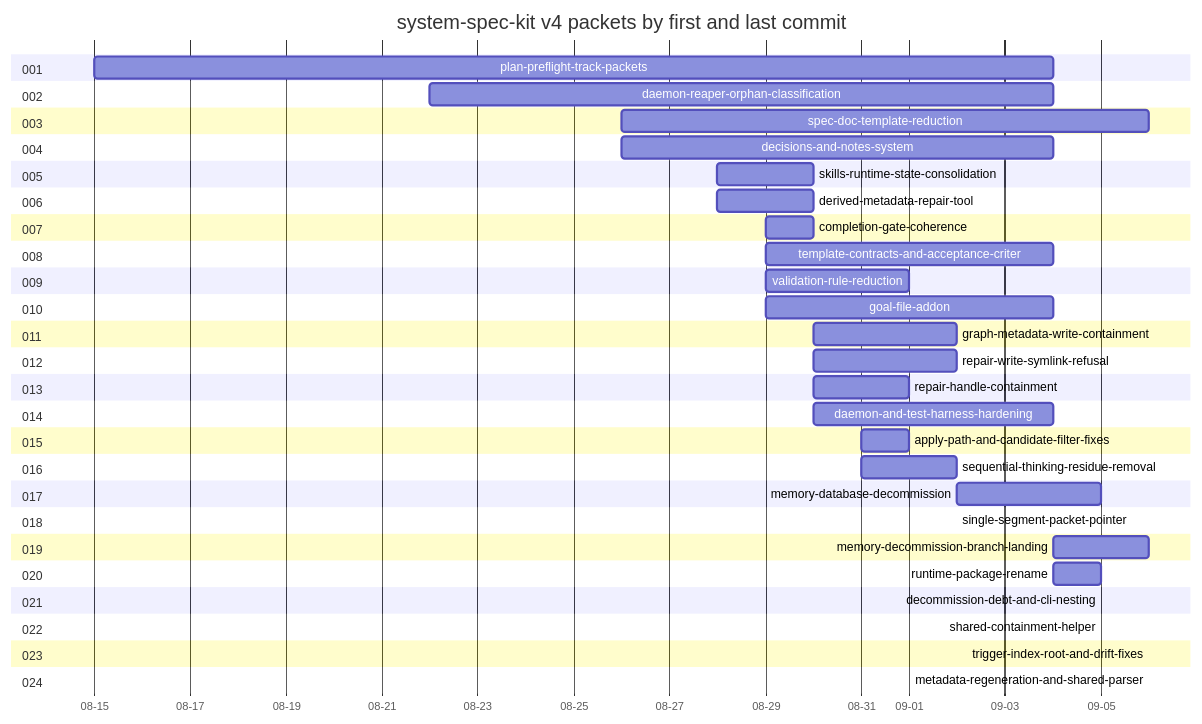
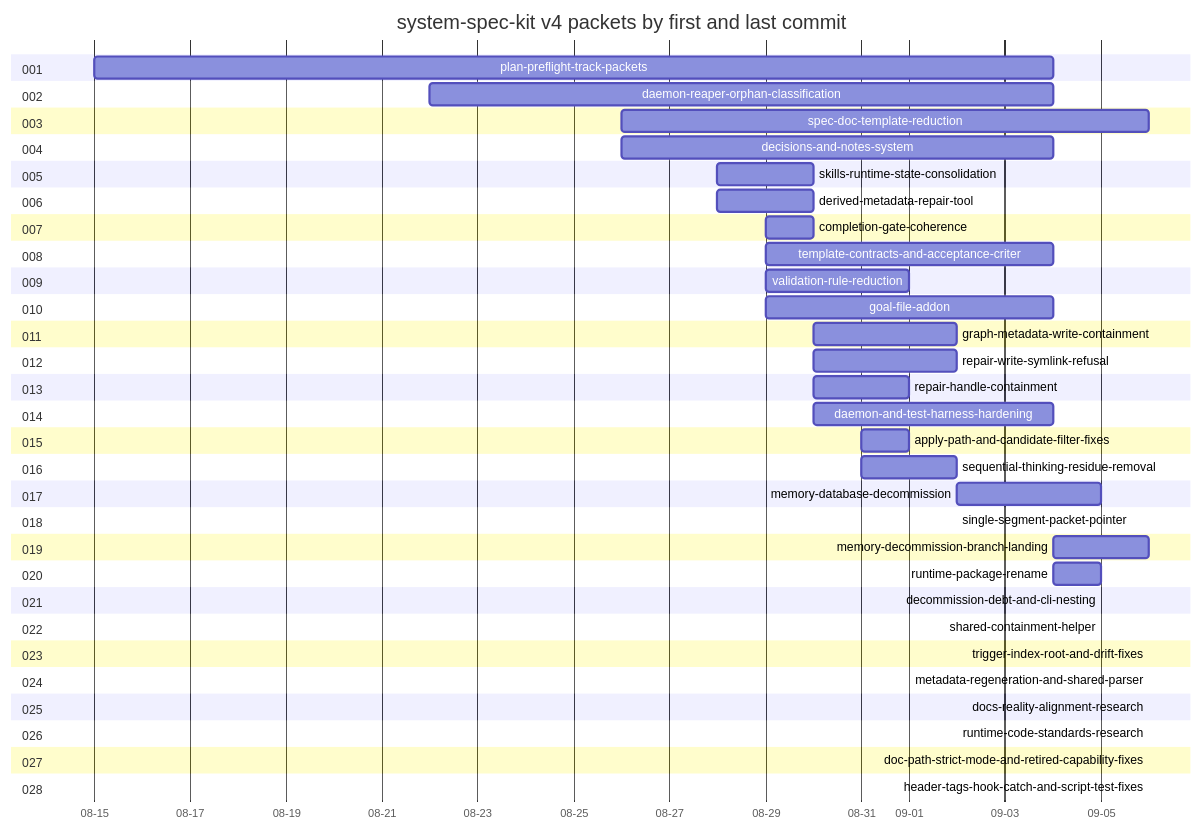
Before and after one commit to MichelKerkmeester/opencode--skilled-agent-loops-with-spec-kit-memory: the diagram in specs/system-speckit/033-system-speckit-v4/timeline.md, drawn with Mermaid. The commit also changed other lines of this file and 112 other files, not shown here.

First line of the commit message:
docs(specs): close the four reality-alignment children and extend the v4 timeline

````diff
--- a/specs/system-speckit/033-system-speckit-v4/timeline.md
+++ b/specs/system-speckit/033-system-speckit-v4/timeline.md
@@ -118,54 +130,62 @@
 ```mermaid
 gantt
     title system-spec-kit v4 packets by first and last commit
     dateFormat YYYY-MM-DD
     axisFormat %m-%d
     section 001
     plan-preflight-track-packets :2026-08-15, 2026-09-04
     section 002
     daemon-reaper-orphan-classification :2026-08-22, 2026-09-04
     section 003
     spec-doc-template-reduction :2026-08-26, 2026-09-06
     section 004
     decisions-and-notes-system :2026-08-26, 2026-09-04
     section 005
     skills-runtime-state-consolidation :2026-08-28, 2026-08-30
     section 006
     derived-metadata-repair-tool :2026-08-28, 2026-08-30
     section 007
     completion-gate-coherence :2026-08-29, 2026-08-30
     section 008
     template-contracts-and-acceptance-criter :2026-08-29, 2026-09-04
     section 009
     validation-rule-reduction :2026-08-29, 2026-09-01
     section 010
     goal-file-addon :2026-08-29, 2026-09-04
     section 011
     graph-metadata-write-containment :2026-08-30, 2026-09-02
     section 012
     repair-write-symlink-refusal :2026-08-30, 2026-09-02
     section 013
     repair-handle-containment :2026-08-30, 2026-09-01
     section 014
     daemon-and-test-harness-hardening :2026-08-30, 2026-09-04
     section 015
     apply-path-and-candidate-filter-fixes :2026-08-31, 2026-09-01
     section 016
     sequential-thinking-residue-removal :2026-08-31, 2026-09-02
     section 017
     memory-database-decommission :2026-09-02, 2026-09-05
     section 018
     single-segment-packet-pointer :2026-09-02, 2026-09-02
     section 019
     memory-decommission-branch-landing :2026-09-04, 2026-09-06
     section 020
     runtime-package-rename :2026-09-04, 2026-09-05
     section 021
     decommission-debt-and-cli-nesting :2026-09-05, 2026-09-05
     section 022
     shared-containment-helper :2026-09-05, 2026-09-05
     section 023
     trigger-index-root-and-drift-fixes :2026-09-06, 2026-09-06
     section 024
     metadata-regeneration-and-shared-parser :2026-09-06, 2026-09-06
+    section 025
+    docs-reality-alignment-research :2026-09-06, 2026-09-06
+    section 026
+    runtime-code-standards-research :2026-09-06, 2026-09-06
+    section 027
+    doc-path-strict-mode-and-retired-capability-fixes :2026-09-06, 2026-09-06
+    section 028
+    header-tags-hook-catch-and-script-test-fixes :2026-09-06, 2026-09-06
 ```
````
